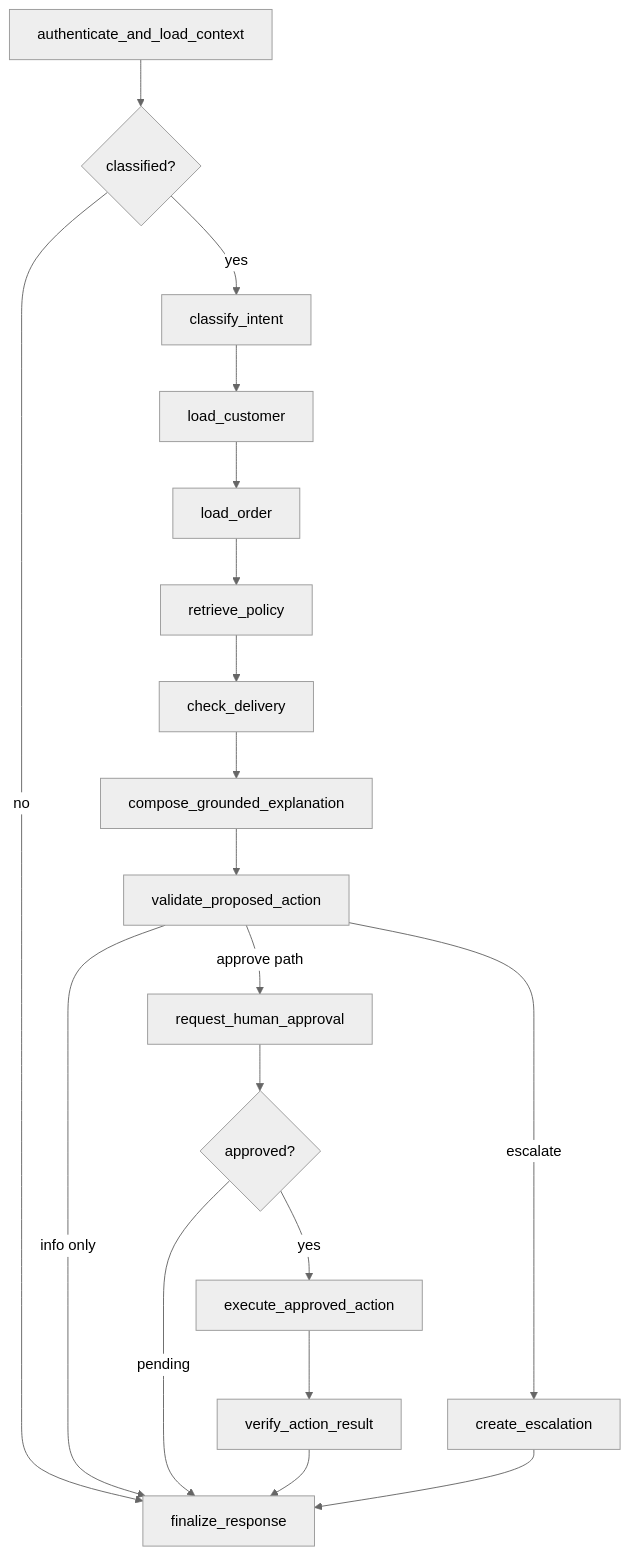
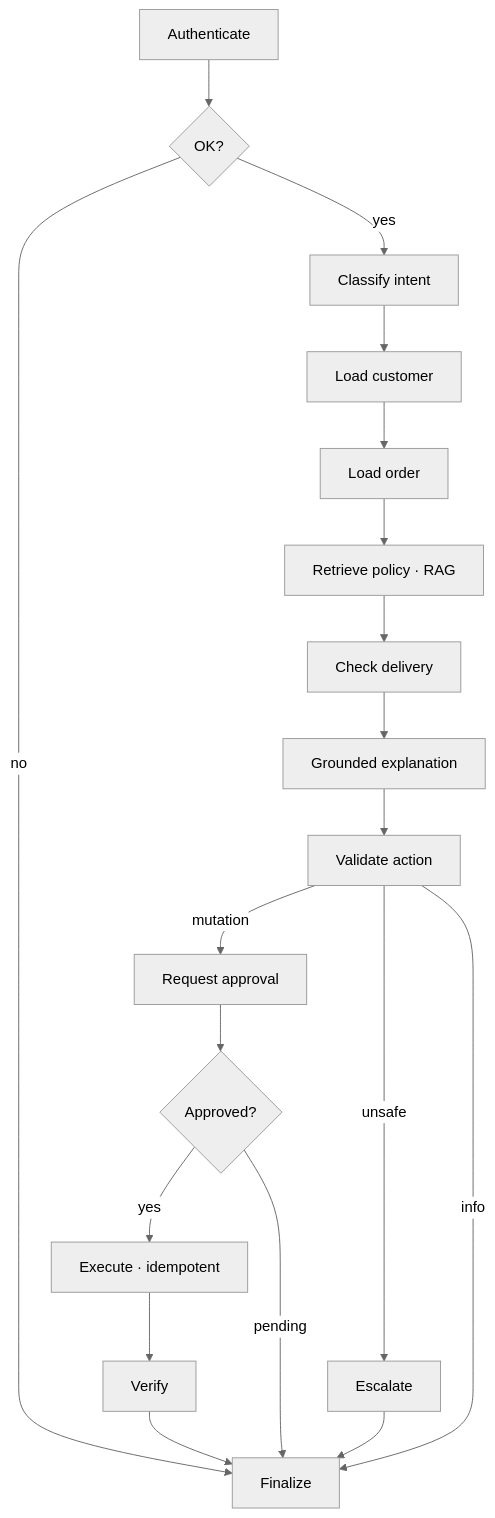
Before and after one commit to nikhilmaguwala/enterprise-ai-agent: the second of 9 diagrams in README.md, drawn with Mermaid (neutral theme). The commit also changed other lines of this file, not shown here.

````diff
--- a/README.md
+++ b/README.md
@@ -121,21 +173,21 @@
 ```mermaid
 flowchart TD
-  A[authenticate_and_load_context] --> B{classified?}
-  B -->|no| Z[finalize_response]
-  B -->|yes| C[classify_intent]
-  C --> D[load_customer]
-  D --> E[load_order]
-  E --> F[retrieve_policy]
-  F --> G[check_delivery]
-  G --> H[compose_grounded_explanation]
-  H --> I[validate_proposed_action]
-  I -->|approve path| J[request_human_approval]
-  I -->|escalate| K[create_escalation]
-  I -->|info only| Z
-  J --> L{approved?}
-  L -->|pending| Z
-  L -->|yes| M[execute_approved_action]
-  M --> N[verify_action_result]
+  A[Authenticate] --> B{OK?}
+  B -->|no| Z[Finalize]
+  B -->|yes| C[Classify intent]
+  C --> D[Load customer]
+  D --> E[Load order]
+  E --> F[Retrieve policy · RAG]
+  F --> G[Check delivery]
+  G --> H[Grounded explanation]
+  H --> I[Validate action]
+  I -->|mutation| J[Request approval]
+  I -->|unsafe| K[Escalate]
+  I -->|info| Z
+  J --> L{Approved?}
+  L -->|yes| M[Execute · idempotent]
+  M --> N[Verify]
   N --> Z
   K --> Z
+  L -->|pending| Z
 ```
````
